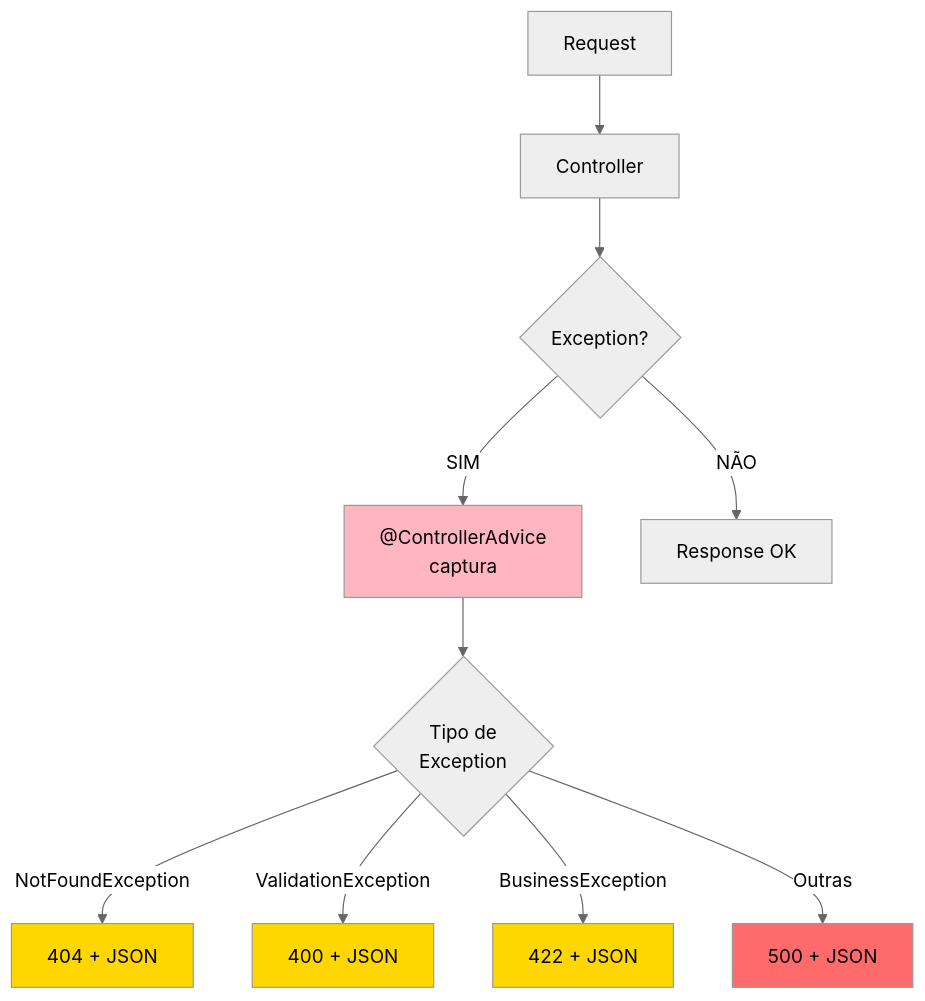
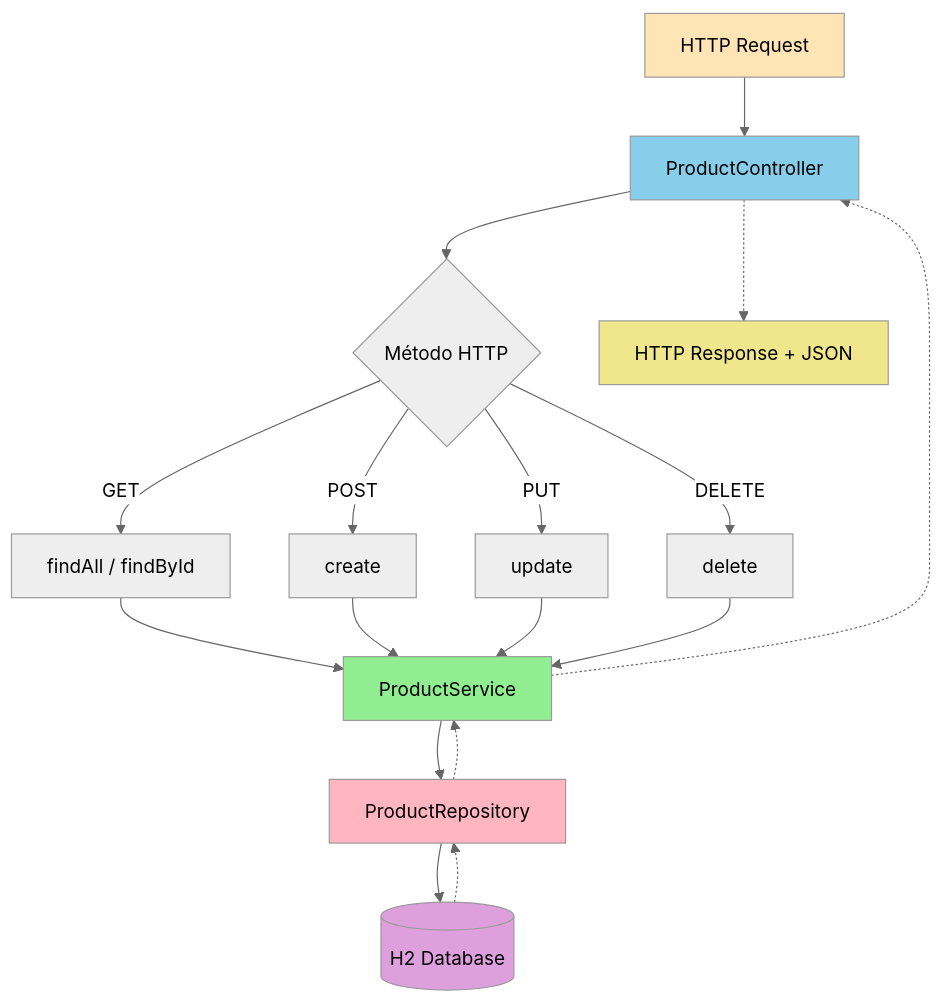
Before and after one commit to deusemarjunior/trein-java-intermed: the diagram in dia-02/slide-04.md, drawn with Mermaid (neutral theme). The commit also changed other lines of this file and 89 other files, not shown here.

````diff
--- a/dia-02/slide-04.md
+++ b/dia-02/slide-04.md
@@ -35,19 +13,29 @@
 ```mermaid
 flowchart TD
-    A[Request] --> B[Controller]
-    B --> C{Exception?}
-    C -->|SIM| D["@ControllerAdvice<br/>captura"]
-    C -->|NÃO| E[Response OK]
+    A[HTTP Request] --> B[ProductController]
+    B --> C{Método HTTP}
+    C -->|GET| D[findAll / findById]
+    C -->|POST| E[create]
+    C -->|PUT| F[update]
+    C -->|DELETE| G[delete]
     
-    D --> F{"Tipo de<br/>Exception"}
-    F -->|NotFoundException| G["404 + JSON"]
-    F -->|ValidationException| H["400 + JSON"]
-    F -->|BusinessException| I["422 + JSON"]
-    F -->|Outras| J["500 + JSON"]
+    D --> H[ProductService]
+    E --> H
+    F --> H
+    G --> H
     
-    style D fill:#FFB6C1
-    style G fill:#FFD700
-    style H fill:#FFD700
-    style I fill:#FFD700
-    style J fill:#FF6B6B
+    H --> I[ProductRepository]
+    I --> J[(H2 Database)]
+    
+    J -.-> I
+    I -.-> H
+    H -.-> B
+    B -.-> K[HTTP Response + JSON]
+    
+    style A fill:#FFE4B5
+    style B fill:#87CEEB
+    style H fill:#90EE90
+    style I fill:#FFB6C1
+    style J fill:#DDA0DD
+    style K fill:#F0E68C
 ```
````
